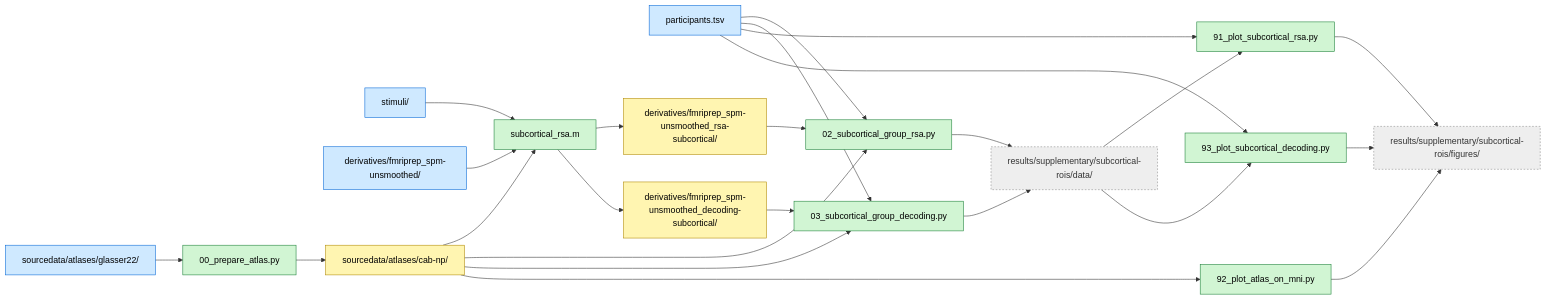
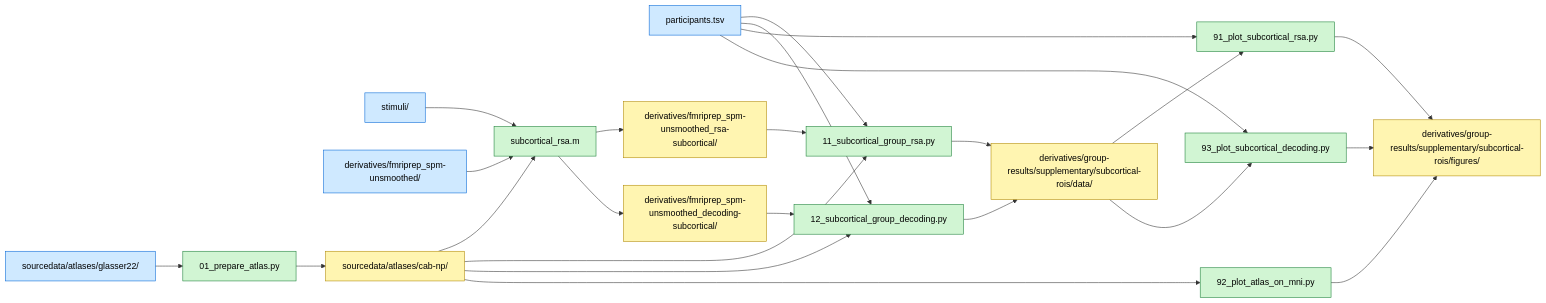
One commit to costantinoai/chess-expertise-2025 changed the diagram in chess-supplementary/subcortical-rois/README.md. Above: the diagram before and after it, drawn with Mermaid. The commit also changed other lines of this file and 59 other files, not shown here.

````diff
--- a/chess-supplementary/subcortical-rois/README.md
+++ b/chess-supplementary/subcortical-rois/README.md
@@ -18,51 +18,50 @@
 ```mermaid
 flowchart LR
-  classDef in fill:#cfe9ff,stroke:#0366d6,color:#000
-  classDef out fill:#fff5b1,stroke:#b08800,color:#000
-  classDef sc fill:#d1f5d3,stroke:#1a7f37,color:#000
-  classDef rl fill:#eee,stroke:#888,stroke-dasharray:3 3,color:#333
+ classDef in fill:#cfe9ff,stroke:#0366d6,color:#000
+ classDef out fill:#fff5b1,stroke:#b08800,color:#000
+ classDef sc fill:#d1f5d3,stroke:#1a7f37,color:#000
 
-  PT[participants.tsv]:::in
-  ST[stimuli/]:::in
-  GLMU[derivatives/fmriprep_spm-unsmoothed/]:::in
-  A22[sourcedata/atlases/glasser22/]:::in
+ PT[participants.tsv]:::in
+ ST[stimuli/]:::in
+ GLMU[derivatives/fmriprep_spm-unsmoothed/]:::in
+ A22[sourcedata/atlases/glasser22/]:::in
 
-  SC00["00_prepare_atlas.py"]:::sc
-  SCM["subcortical_rsa.m"]:::sc
-  SC02["02_subcortical_group_rsa.py"]:::sc
-  SC03["03_subcortical_group_decoding.py"]:::sc
-  SC91["91_plot_subcortical_rsa.py"]:::sc
-  SC92["92_plot_atlas_on_mni.py"]:::sc
-  SC93["93_plot_subcortical_decoding.py"]:::sc
+ SC01["01_prepare_atlas.py"]:::sc
+ SCM["subcortical_rsa.m"]:::sc
+ SC11["11_subcortical_group_rsa.py"]:::sc
+ SC12["12_subcortical_group_decoding.py"]:::sc
+ SC91["91_plot_subcortical_rsa.py"]:::sc
+ SC92["92_plot_atlas_on_mni.py"]:::sc
+ SC93["93_plot_subcortical_decoding.py"]:::sc
 
-  ACAB[sourcedata/atlases/cab-np/]:::out
-  SR[derivatives/fmriprep_spm-unsmoothed_rsa-subcortical/]:::out
-  SD[derivatives/fmriprep_spm-unsmoothed_decoding-subcortical/]:::out
-  DATA["results/supplementary/subcortical-rois/data/"]:::rl
-  FIGURES["results/supplementary/subcortical-rois/figures/"]:::rl
+ ACAB[sourcedata/atlases/cab-np/]:::out
+ SR[derivatives/fmriprep_spm-unsmoothed_rsa-subcortical/]:::out
+ SD[derivatives/fmriprep_spm-unsmoothed_decoding-subcortical/]:::out
+ DATA["derivatives/group-results/supplementary/subcortical-rois/data/"]:::out
+ FIGURES["derivatives/group-results/supplementary/subcortical-rois/figures/"]:::out
 
-  A22 --> SC00
-  SC00 --> ACAB
+ A22 --> SC01
+ SC01 --> ACAB
 
-  GLMU --> SCM
-  ACAB --> SCM
-  ST --> SCM
-  SCM --> SR
-  SCM --> SD
+ GLMU --> SCM
+ ACAB --> SCM
+ ST --> SCM
+ SCM --> SR
+ SCM --> SD
 
-  SR --> SC02
-  ACAB --> SC02
-  PT --> SC02
-  SC02 --> DATA
+ SR --> SC11
+ ACAB --> SC11
+ PT --> SC11
+ SC11 --> DATA
 
-  SD --> SC03
-  ACAB --> SC03
-  PT --> SC03
-  SC03 --> DATA
+ SD --> SC12
+ ACAB --> SC12
+ PT --> SC12
+ SC12 --> DATA
 
-  DATA --> SC91 --> FIGURES
-  PT --> SC91
-  ACAB --> SC92 --> FIGURES
-  DATA --> SC93 --> FIGURES
-  PT --> SC93
+ DATA --> SC91 --> FIGURES
+ PT --> SC91
+ ACAB --> SC92 --> FIGURES
+ DATA --> SC93 --> FIGURES
+ PT --> SC93
 ```
````
